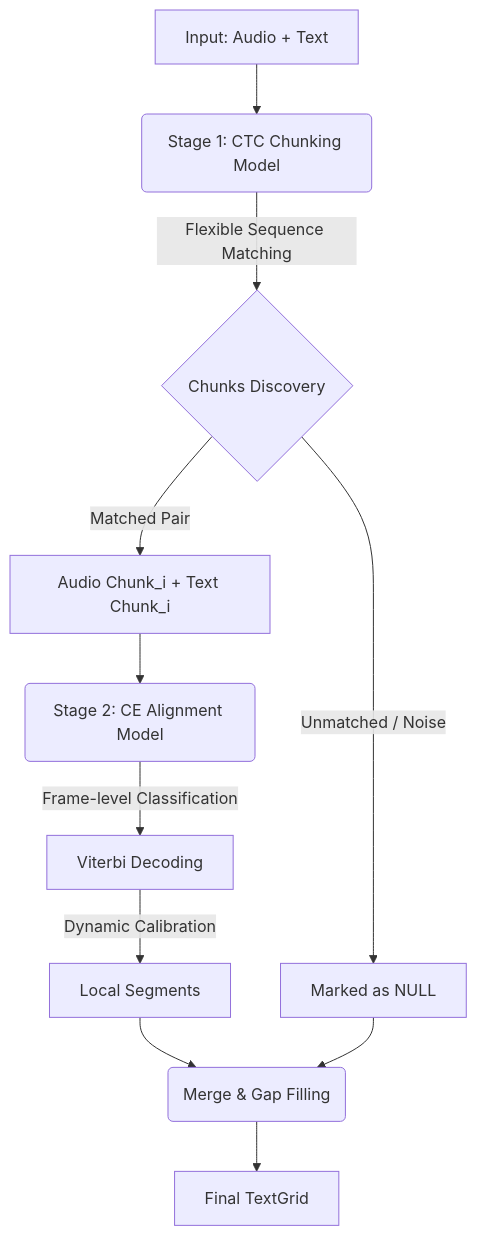
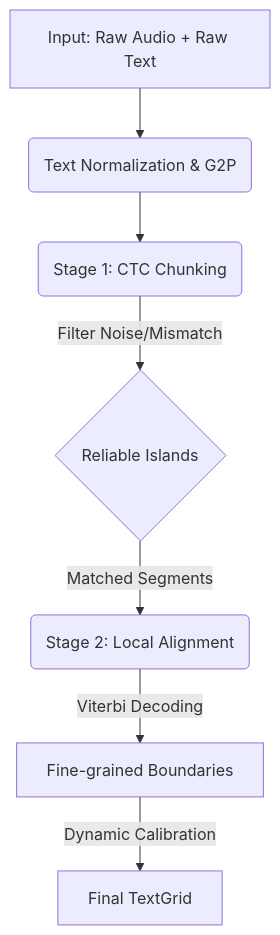
The diagram in README.md (USTCPhonetics/FlexAligner), drawn with Mermaid before and after one commit. The commit also changed other lines of this file and 23 other files, not shown here.

````diff
--- a/README.md
+++ b/README.md
@@ -70,13 +57,9 @@
 ```mermaid
 graph TD
-    A[Input: Audio + Text] --> B(Stage 1: CTC Chunking Model);
-    B -->|Flexible Sequence Matching| C{Chunks Discovery};
-    C -->|Matched Pair| D[Audio Chunk_i + Text Chunk_i];
-    C -->|Unmatched / Noise| E[Marked as NULL];
-    D --> F(Stage 2: CE Alignment Model);
-    F -->|Frame-level Classification| G[Viterbi Decoding];
-    G -->|Dynamic Calibration| H[Local Segments];
-    H --> I(Merge & Gap Filling);
-    I --> J[Final TextGrid];
-    E --> I;
+    Input[Input: Raw Audio + Raw Text] --> Frontend(Text Normalization & G2P);
+    Frontend --> B(Stage 1: CTC Chunking);
+    B -->|Filter Noise/Mismatch| C{Reliable Islands};
+    C -->|Matched Segments| D(Stage 2: Local Alignment);
+    D -->|Viterbi Decoding| E[Fine-grained Boundaries];
+    E -->|Dynamic Calibration| F[Final TextGrid];
 ```
````
